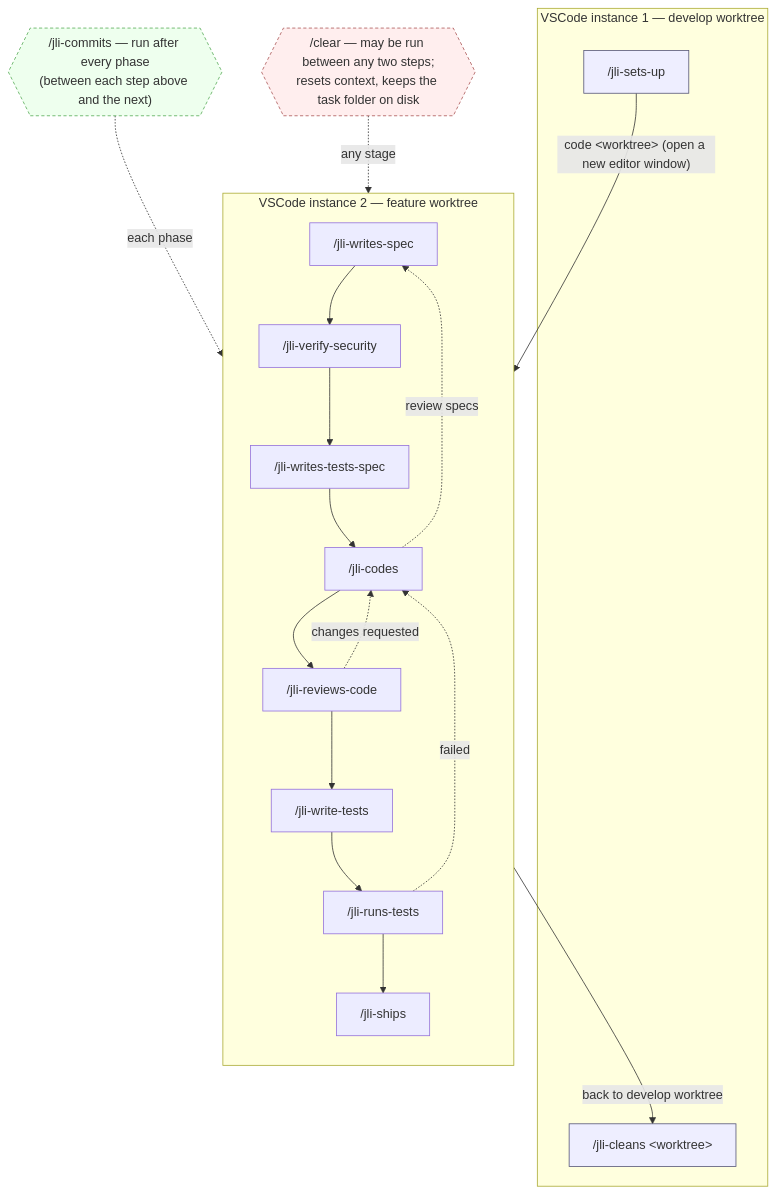
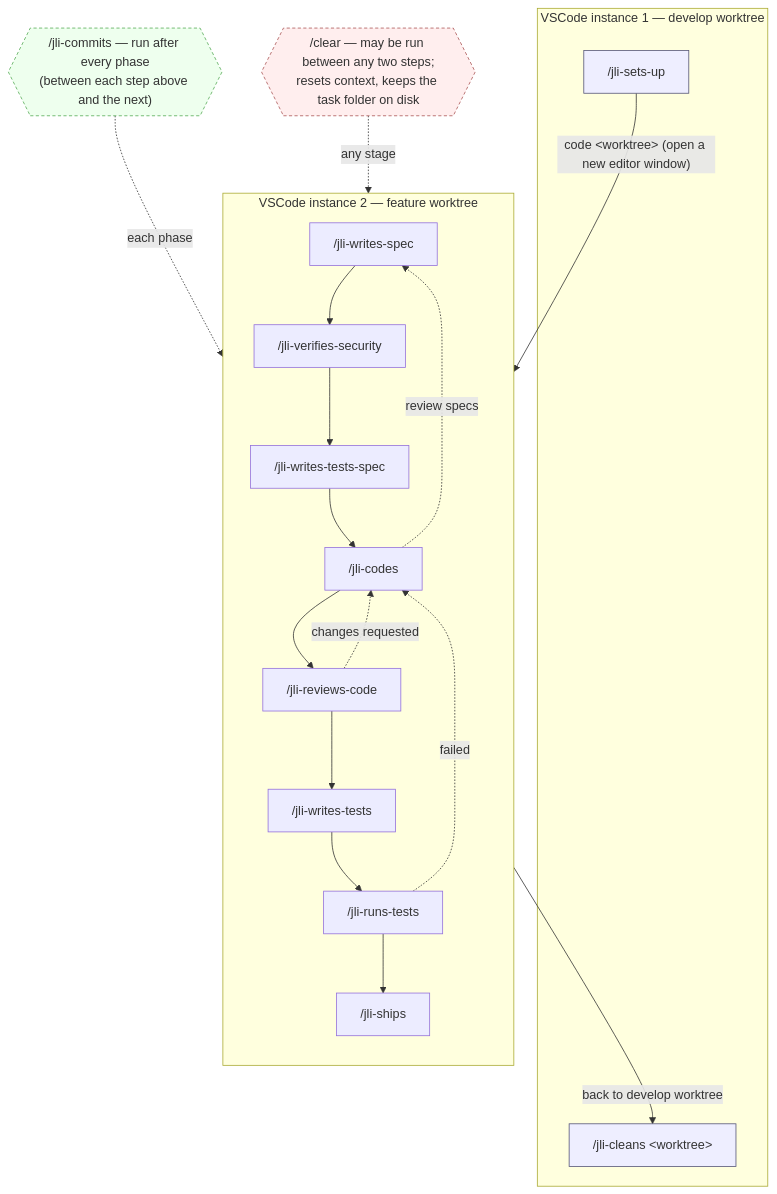
One commit to JeremieLitzler/SocialMediaPublisherApp changed the diagram in AGENT-COMMAND-MIGRATION.md. Above: the diagram before and after it, drawn with Mermaid. The commit also changed other lines of this file and 9 other files, not shown here.

````diff
--- a/AGENT-COMMAND-MIGRATION.md
+++ b/AGENT-COMMAND-MIGRATION.md
@@ -70,38 +70,38 @@
 ```mermaid
 flowchart TD
     subgraph INST1["VSCode instance 1 — develop worktree"]
         setup["/jli-sets-up"]
         cleanup["/jli-cleans &lt;worktree&gt;"]
     end
 
     subgraph INST2["VSCode instance 2 — feature worktree"]
         direction TB
-        spec["/jli-writes-spec"] --> sec["/jli-verify-security"]
+        spec["/jli-writes-spec"] --> sec["/jli-verifies-security"]
         sec --> tw1["/jli-writes-tests-spec"]
         tw1 --> code["/jli-codes"]
         code --> review["/jli-reviews-code"]
-        review --> tw2["/jli-write-tests"]
+        review --> tw2["/jli-writes-tests"]
         tw2 --> trun["/jli-runs-tests"]
         trun --> ship["/jli-ships"]
     end
 
     setup -->|"code &lt;worktree&gt; (open a new editor window)"| spec
     ship -->|"back to develop worktree"| cleanup
 
     review -. "changes requested" .-> code
     trun -. "failed" .-> code
     code -. "review specs" .-> spec
 
     commit{{"/jli-commits — run after every phase<br/>(between each step above and the next)"}}
     commit -. "each phase" .-> INST2
 
     clear{{"/clear — may be run between any two steps;<br/>resets context, keeps the task folder on disk"}}
     clear -. "any stage" .-> INST2
 
     classDef editor fill:#eef,stroke:#557,stroke-width:1px;
     classDef note fill:#efe,stroke:#5a5,stroke-width:1px,stroke-dasharray:4 3;
     classDef reset fill:#fee,stroke:#a55,stroke-width:1px,stroke-dasharray:4 3;
     class setup,cleanup editor;
     class commit note;
     class clear reset;
 ```
````
